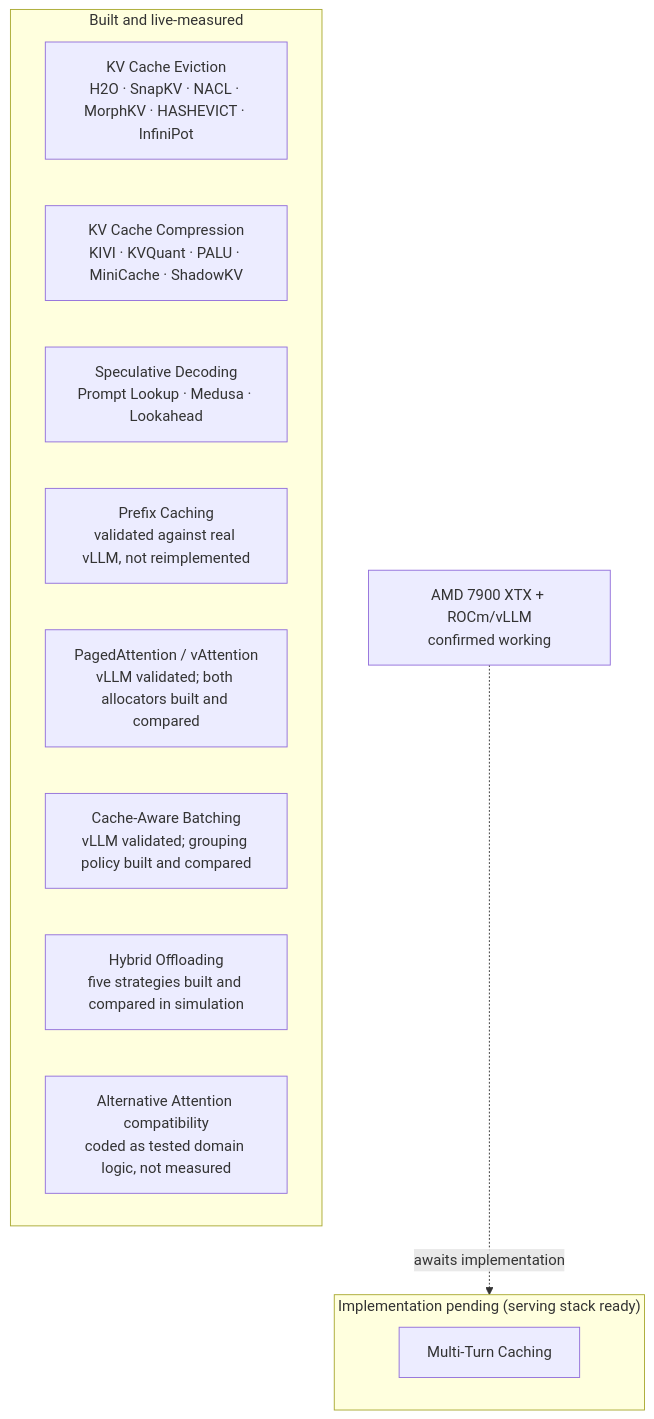
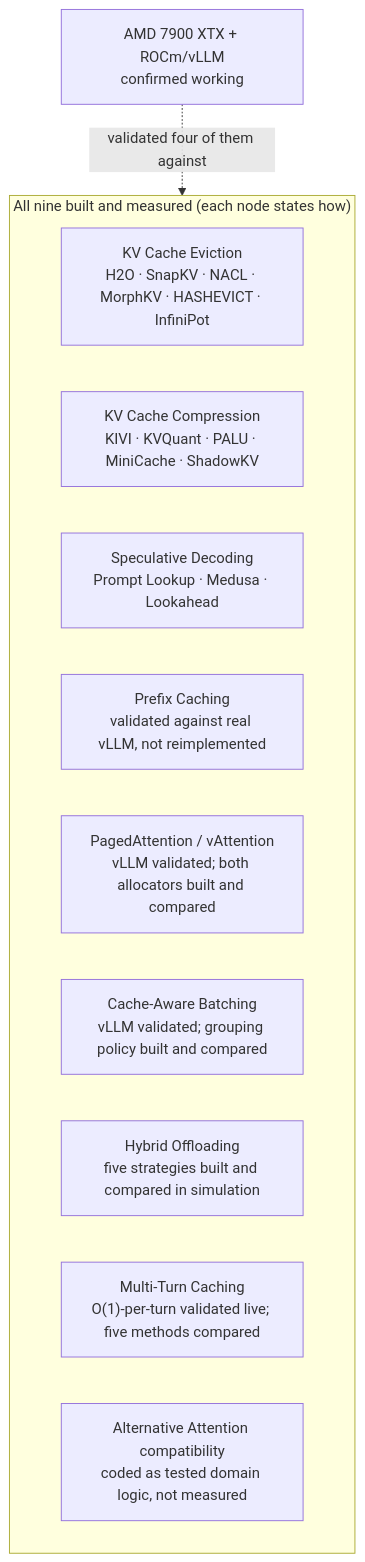
The diagram in docs/architecture/CAG.md (aaronrmDev/AI-AUGMENTED-GENERATION), drawn with Mermaid before and after one commit. The commit also changed other lines of this file and 18 other files, not shown here.

First line of the commit message:
feat: implement and validate CAG Multi-Turn Caching (#36, #113, #114, #116, #117, #118)

````diff
--- a/docs/architecture/CAG.md
+++ b/docs/architecture/CAG.md
@@ -29,17 +29,15 @@
 ```mermaid
 flowchart TD
-    subgraph built["Built and live-measured"]
+    subgraph built["All nine built and measured (each node states how)"]
         EVICT["KV Cache Eviction<br/>H2O · SnapKV · NACL · MorphKV · HASHEVICT · InfiniPot"]
         COMP["KV Cache Compression<br/>KIVI · KVQuant · PALU · MiniCache · ShadowKV"]
         SPEC["Speculative Decoding<br/>Prompt Lookup · Medusa · Lookahead"]
         PREFIX["Prefix Caching<br/>validated against real vLLM, not reimplemented"]
         PAGED["PagedAttention / vAttention<br/>vLLM validated; both allocators built and compared"]
         BATCH["Cache-Aware Batching<br/>vLLM validated; grouping policy built and compared"]
         HYBRID["Hybrid Offloading<br/>five strategies built and compared in simulation"]
+        MULTI["Multi-Turn Caching<br/>O(1)-per-turn validated live; five methods compared"]
         ATTN["Alternative Attention compatibility<br/>coded as tested domain logic, not measured"]
     end
-    subgraph blocked["Implementation pending (serving stack ready)"]
-        MULTI["Multi-Turn Caching"]
-    end
-    HW["AMD 7900 XTX + ROCm/vLLM<br/>confirmed working"] -.awaits implementation.-> blocked
+    HW["AMD 7900 XTX + ROCm/vLLM<br/>confirmed working"] -.validated four of them against.-> built
 ```
````
